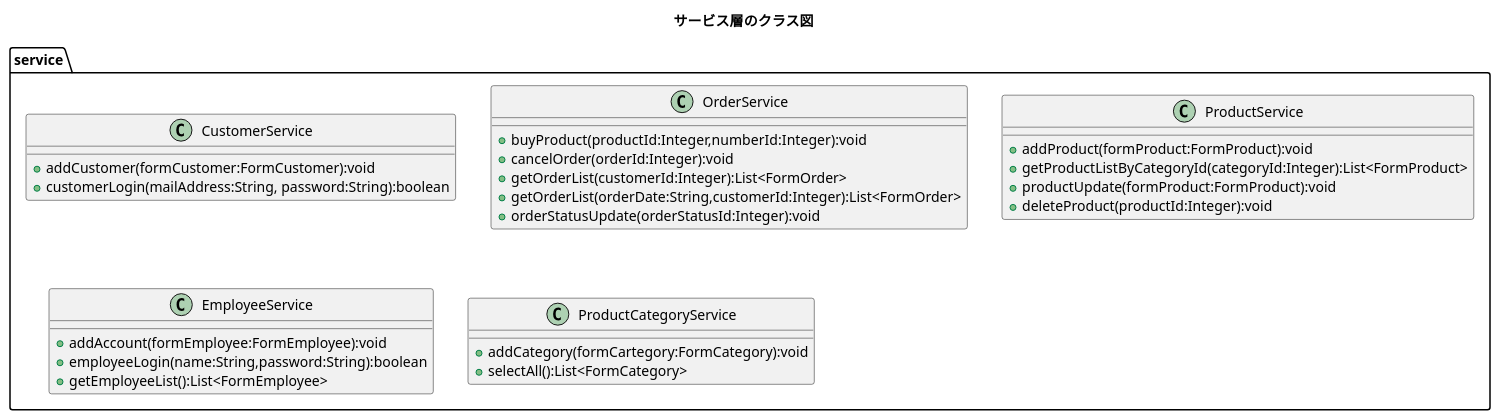
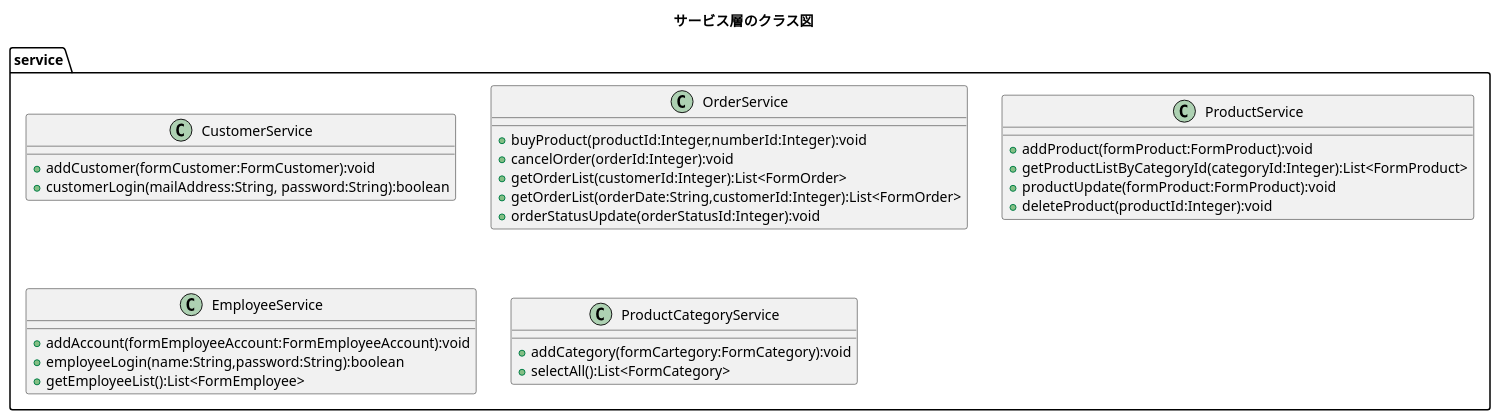
One commit to kanavii3333/ec-b changed the diagram in plan/uml/class/service.plantuml. Above: the diagram before and after it, drawn with PlantUML. The commit also changed 4 other files, not shown here.

```diff
--- a/plan/uml/class/service.plantuml
+++ b/plan/uml/class/service.plantuml
@@ -1,36 +1,36 @@
 @startuml
 title サービス層のクラス図
 package service{
 	class CustomerService{
 		+ addCustomer(formCustomer:FormCustomer):void
 		+ customerLogin(mailAddress:String, password:String):boolean
 	}
 	
 	class OrderService{
 		+ buyProduct(productId:Integer,numberId:Integer):void
 		+ cancelOrder(orderId:Integer):void
 		+ getOrderList(customerId:Integer):List<FormOrder>
 		+ getOrderList(orderDate:String,customerId:Integer):List<FormOrder>
 		+ orderStatusUpdate(orderStatusId:Integer):void
 	}
 	
 	class ProductService{
 		+ addProduct(formProduct:FormProduct):void
 		+ getProductListByCategoryId(categoryId:Integer):List<FormProduct>
 		+ productUpdate(formProduct:FormProduct):void
 		+ deleteProduct(productId:Integer):void
 	}
 
 
 	class EmployeeService{
-		+ addAccount(formEmployee:FormEmployee):void
+		+ addAccount(formEmployeeAccount:FormEmployeeAccount):void
 		+ employeeLogin(name:String,password:String):boolean
 		+ getEmployeeList():List<FormEmployee>
 	}
 	
 	class ProductCategoryService{
 		+ addCategory(formCartegory:FormCategory):void
 		+ selectAll():List<FormCategory>
 	}	
 }
 @enduml
```
